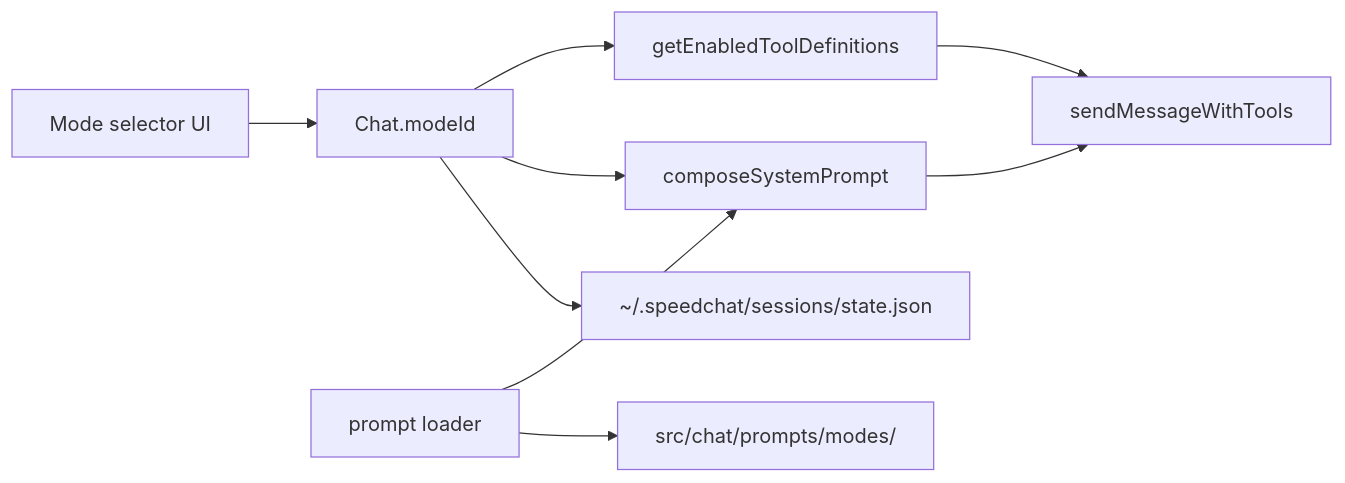
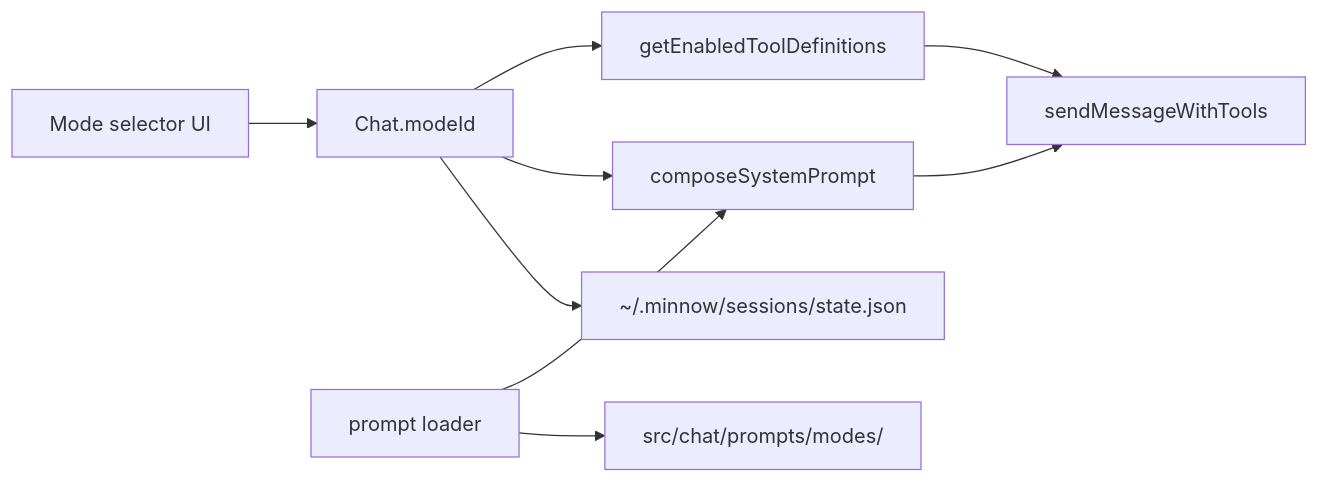
The diagram in documentation/plans/Build out/step-05-operating-modes.md (DukkyGames/Minnow), drawn with Mermaid before and after one commit. The commit also changed other lines of this file and 204 other files, not shown here.

````diff
--- a/documentation/plans/Build out/step-05-operating-modes.md
+++ b/documentation/plans/Build out/step-05-operating-modes.md
@@ -70,20 +70,20 @@
 ```mermaid
 flowchart LR
   UI[Mode selector UI]
   Chat[Chat.modeId]
-  Sess["~/.speedchat/sessions/state.json"]
+  Sess["~/.minnow/sessions/state.json"]
   Loader[prompt loader]
   Modes["src/chat/prompts/modes/"]
   Composer[composeSystemPrompt]
   Tools[getEnabledToolDefinitions]
   Loop[sendMessageWithTools]
 
   UI --> Chat
   Chat --> Sess
   Chat --> Composer
   Loader --> Modes
   Loader --> Composer
   Composer --> Loop
   Chat --> Tools
   Tools --> Loop
 ```
````
